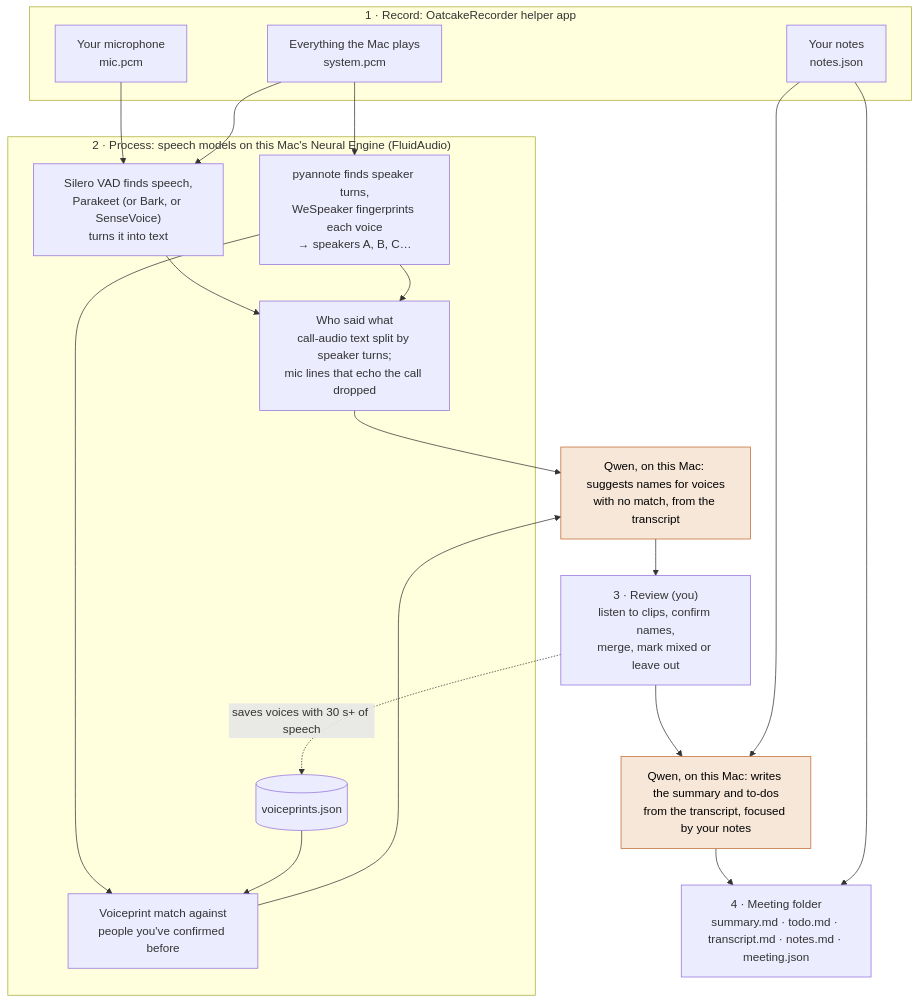
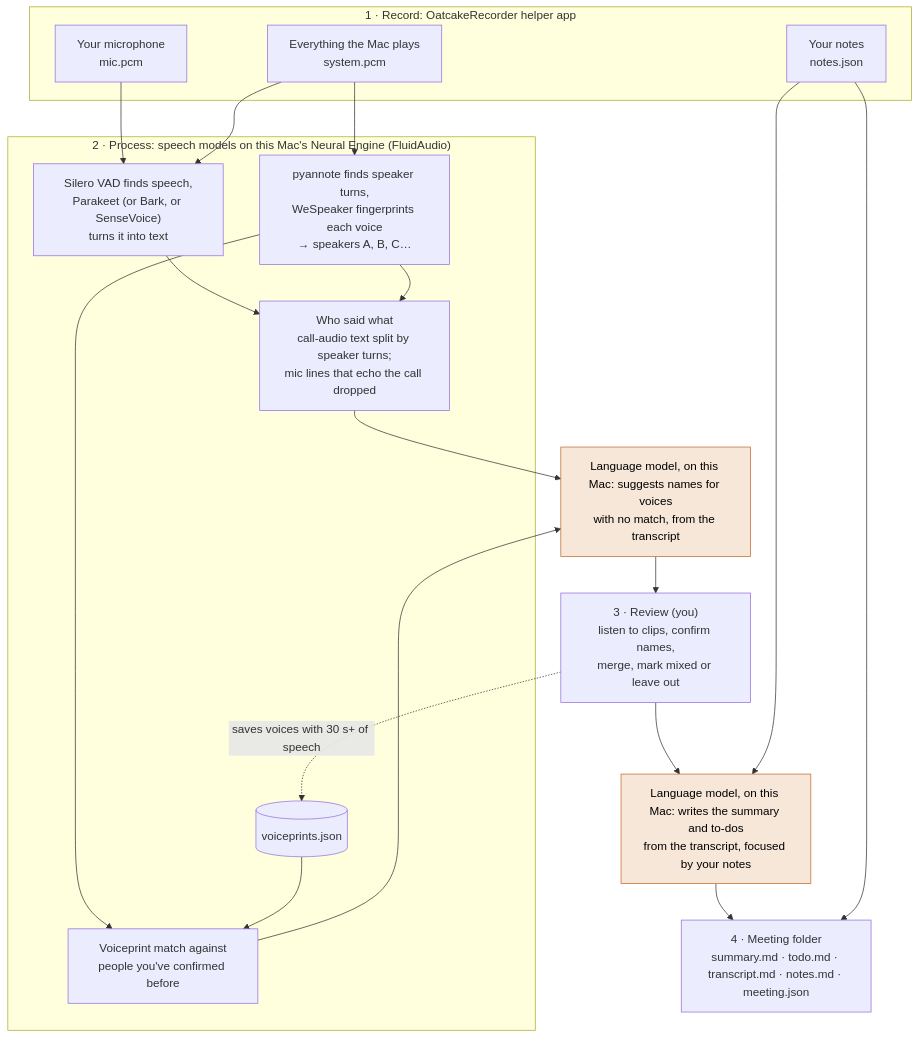
Before and after one commit to a8cteam51/oatcake: the diagram in docs/how-it-works.md, drawn with Mermaid. The commit also changed other lines of this file and 7 other files, not shown here.

````diff
--- a/docs/how-it-works.md
+++ b/docs/how-it-works.md
@@ -3,40 +3,40 @@
 ```mermaid
 flowchart TD
     subgraph record["1 · Record: OatcakeRecorder helper app"]
         mic["Your microphone<br/>mic.pcm"]
         sys["Everything the Mac plays<br/>system.pcm"]
         notes["Your notes<br/>notes.json"]
     end
 
     subgraph process["2 · Process: speech models on this Mac's Neural Engine (FluidAudio)"]
         asr["Silero VAD finds speech,<br/>Parakeet (or Bark, or SenseVoice)<br/>turns it into text"]
         voices["pyannote finds speaker turns,<br/>WeSpeaker fingerprints each voice<br/>→ speakers A, B, C…"]
         combine["Who said what<br/>call-audio text split by speaker turns;<br/>mic lines that echo the call dropped"]
         match["Voiceprint match against<br/>people you've confirmed before"]
         prints[("voiceprints.json")]
     end
 
-    guess["Qwen, on this Mac: suggests names for voices<br/>with no match, from the transcript"]
+    guess["Language model, on this Mac: suggests names for voices<br/>with no match, from the transcript"]
     review["3 · Review (you)<br/>listen to clips, confirm names,<br/>merge, mark mixed or leave out"]
-    summary["Qwen, on this Mac: writes the summary and to-dos<br/>from the transcript, focused by your notes"]
+    summary["Language model, on this Mac: writes the summary and to-dos<br/>from the transcript, focused by your notes"]
     folder["4 · Meeting folder<br/>summary.md · todo.md · transcript.md · notes.md · meeting.json"]
 
     mic --> asr
     sys --> asr
     sys --> voices
     asr --> combine
     voices --> combine
     voices --> match
     prints --> match
     combine --> guess
     match --> guess
     guess --> review
     review -.->|"saves voices with 30 s+ of speech"| prints
     review --> summary
     notes --> summary
     summary --> folder
     notes --> folder
 
     classDef llm fill:#f6e7d8,stroke:#c26a2e,color:#000
     class guess,summary llm
 ```
````
